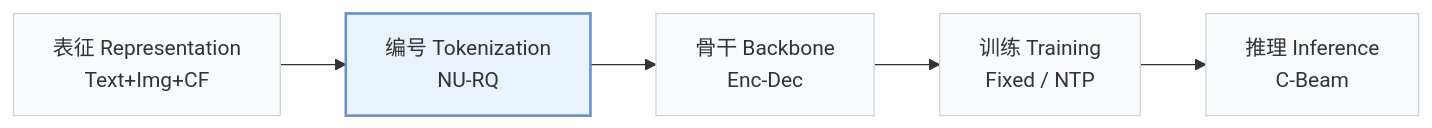
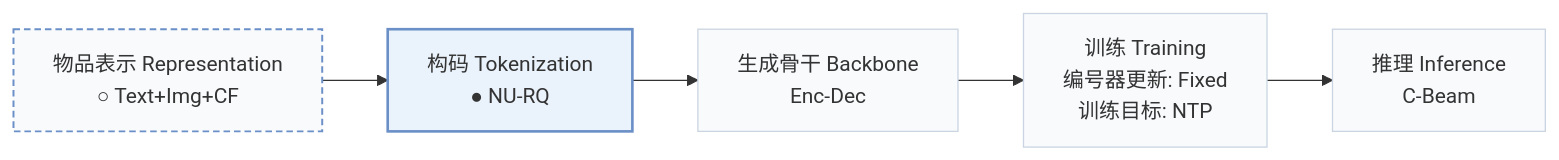
The first of 2 diagrams in pages/zh/papers/card.md (Galaxy-ghost/Awesome-SID-Generative-Rec), drawn with Mermaid before and after one commit. The commit also changed other lines of this file and 558 other files, not shown here.

````diff
--- a/pages/zh/papers/card.md
+++ b/pages/zh/papers/card.md
@@ -15,8 +18,10 @@
 ```mermaid
 flowchart LR
-    R["表征 Representation<br/>Text+Img+CF"] --> T["编号 Tokenization<br/>NU-RQ"] --> B["骨干 Backbone<br/>Enc-Dec"] --> TR["训练 Training<br/>Fixed / NTP"] --> I["推理 Inference<br/>C-Beam"]
+    R["物品表示 Representation<br/>○ Text+Img+CF"] --> T["构码 Tokenization<br/>● NU-RQ"] --> B["生成骨干 Backbone<br/>Enc-Dec"] --> TR["训练 Training<br/>编号器更新: Fixed<br/>训练目标: NTP"] --> I["推理 Inference<br/>C-Beam"]
     classDef base fill:#f8fafc,stroke:#cbd5e1
     class R,T,B,TR,I base
+    classDef other fill:#f8fafc,stroke:#6b8fc7,stroke-width:1.5px,stroke-dasharray:5 3
+    class R other
     classDef main fill:#eaf2fb,stroke:#6b8fc7,stroke-width:2px
     class T main
 ```
````
